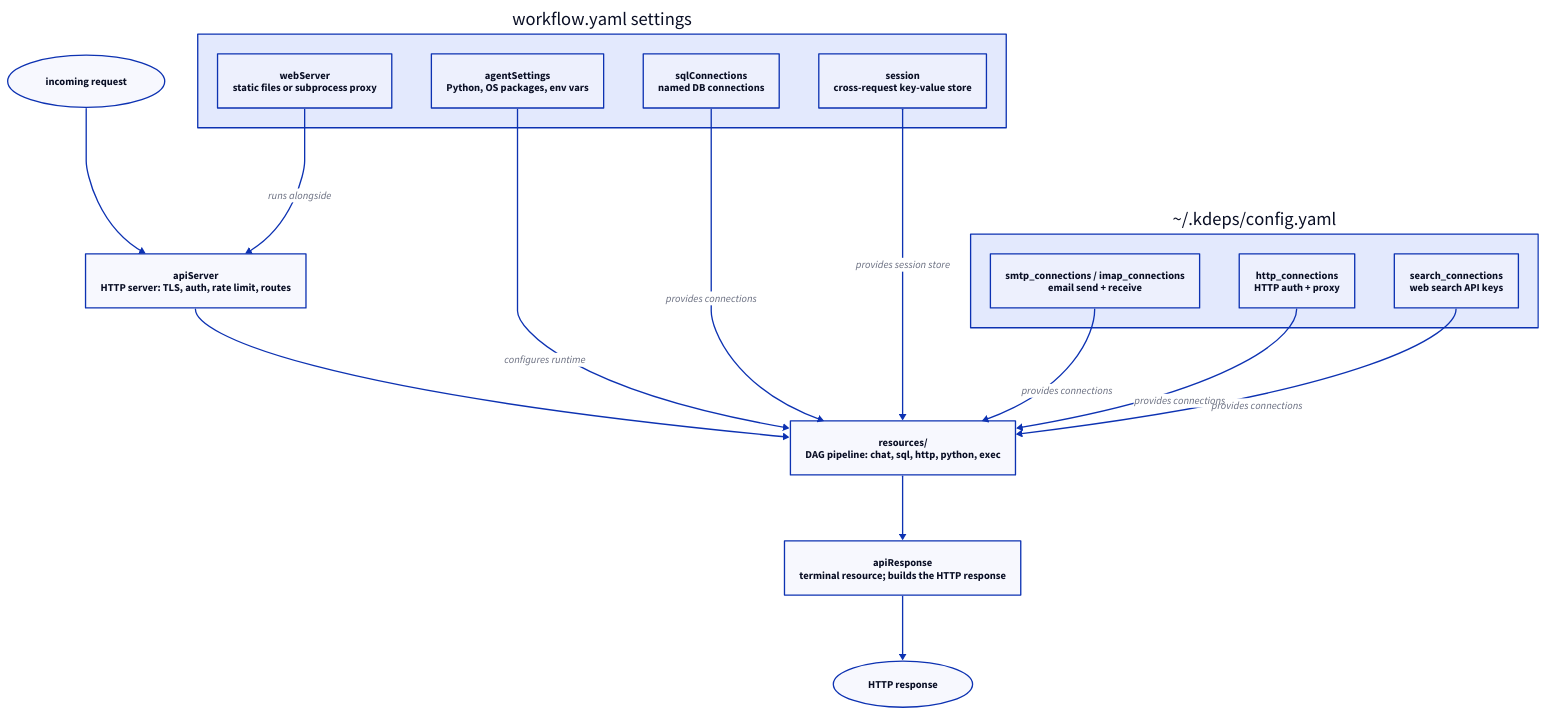
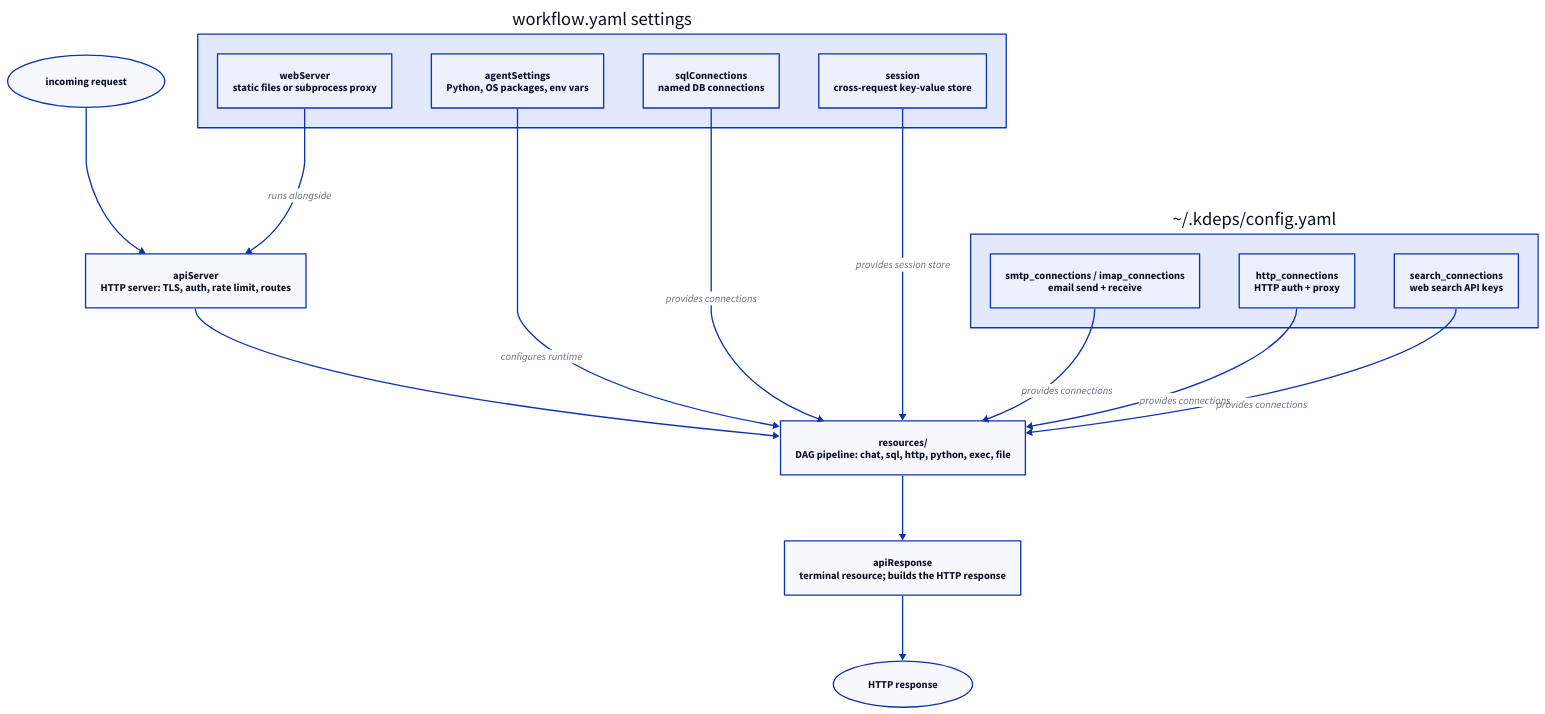
Before and after one commit to kdeps/kdeps: the diagram in docs/v2/configuration/workflow.md, drawn with D2. The commit also changed other lines of this file and 8 other files, not shown here.

````diff
--- a/docs/v2/configuration/workflow.md
+++ b/docs/v2/configuration/workflow.md
@@ -7,32 +7,32 @@
 ```d2
 direction: down
 
 A: incoming request {shape: oval}
 B: "apiServer\nHTTP server: TLS, auth, rate limit, routes"
-C: "resources/\nDAG pipeline: chat, sql, http, python, exec"
+C: "resources/\nDAG pipeline: chat, sql, http, python, exec, file"
 D: "apiResponse\nterminal resource; builds the HTTP response"
 E: HTTP response {shape: oval}
 
 A -> B -> C -> D -> E
 
 settings: workflow.yaml settings {
   B2: "webServer\nstatic files or subprocess proxy"
   B3: "agentSettings\nPython, OS packages, env vars"
   B4: "sqlConnections\nnamed DB connections"
   B5: "session\ncross-request key-value store"
 }
 
 global: "~/.kdeps/config.yaml" {
   G1: "smtp_connections / imap_connections\nemail send + receive"
   G2: "http_connections\nHTTP auth + proxy"
   G3: "search_connections\nweb search API keys"
 }
 
 settings.B3 -> C: configures runtime
 settings.B4 -> C: provides connections
 settings.B5 -> C: provides session store
 settings.B2 -> B: runs alongside
 global.G1 -> C: provides connections
 global.G2 -> C: provides connections
 global.G3 -> C: provides connections
 ```
````
